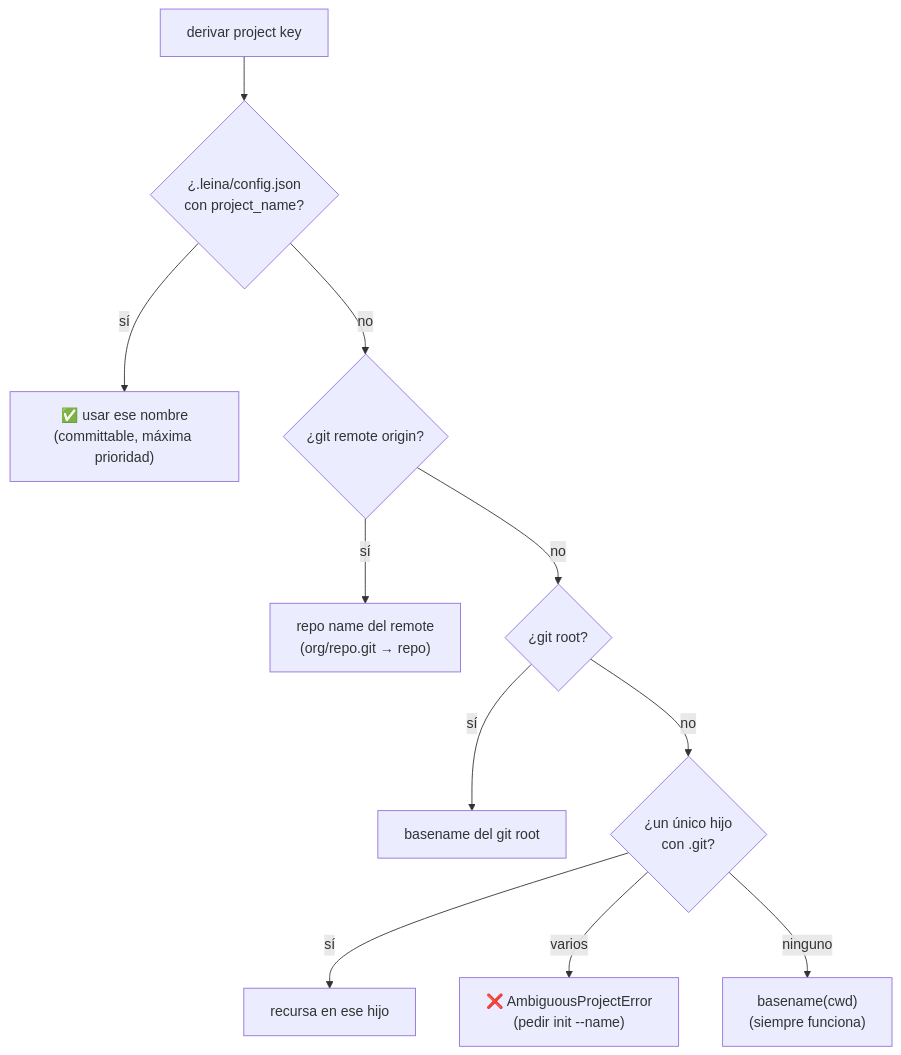
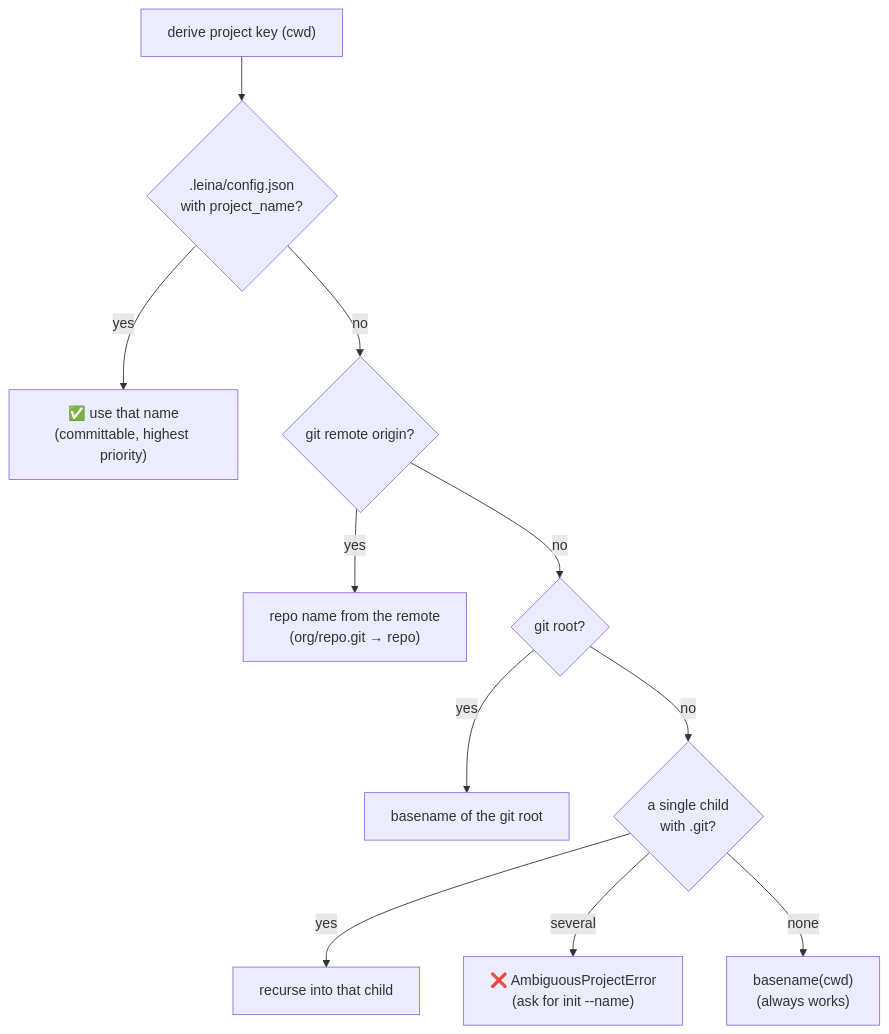
The first of 4 diagrams in docs/concepts/04-memoria.md (Kolimar/leina), drawn with Mermaid before and after one commit. The commit also changed other lines of this file and 27 other files, not shown here.

````diff
--- a/docs/concepts/04-memoria.md
+++ b/docs/concepts/04-memoria.md
@@ -28,13 +27,13 @@
 ```mermaid
 flowchart TD
-    start["derivar project key"] --> lock{¿.leina/config.json<br/>con project_name?}
-    lock -->|sí| done["✅ usar ese nombre<br/>(committable, máxima prioridad)"]
-    lock -->|no| remote{¿git remote origin?}
-    remote -->|sí| r["repo name del remote<br/>(org/repo.git → repo)"]
-    remote -->|no| root{¿git root?}
-    root -->|sí| rr["basename del git root"]
-    root -->|no| child{¿un único hijo<br/>con .git?}
-    child -->|sí| rec["recursa en ese hijo"]
-    child -->|varios| amb["❌ AmbiguousProjectError<br/>(pedir init --name)"]
-    child -->|ninguno| base["basename(cwd)<br/>(siempre funciona)"]
+    start["derive project key (cwd)"] --> lock{".leina/config.json<br/>with project_name?"}
+    lock -->|yes| done["✅ use that name<br/>(committable, highest priority)"]
+    lock -->|no| remote{"git remote origin?"}
+    remote -->|yes| r["repo name from the remote<br/>(org/repo.git → repo)"]
+    remote -->|no| root{"git root?"}
+    root -->|yes| rr["basename of the git root"]
+    root -->|no| child{"a single child<br/>with .git?"}
+    child -->|yes| rec["recurse into that child"]
+    child -->|several| amb["❌ AmbiguousProjectError<br/>(ask for init --name)"]
+    child -->|none| base["basename(cwd)<br/>(always works)"]
 ```
````
